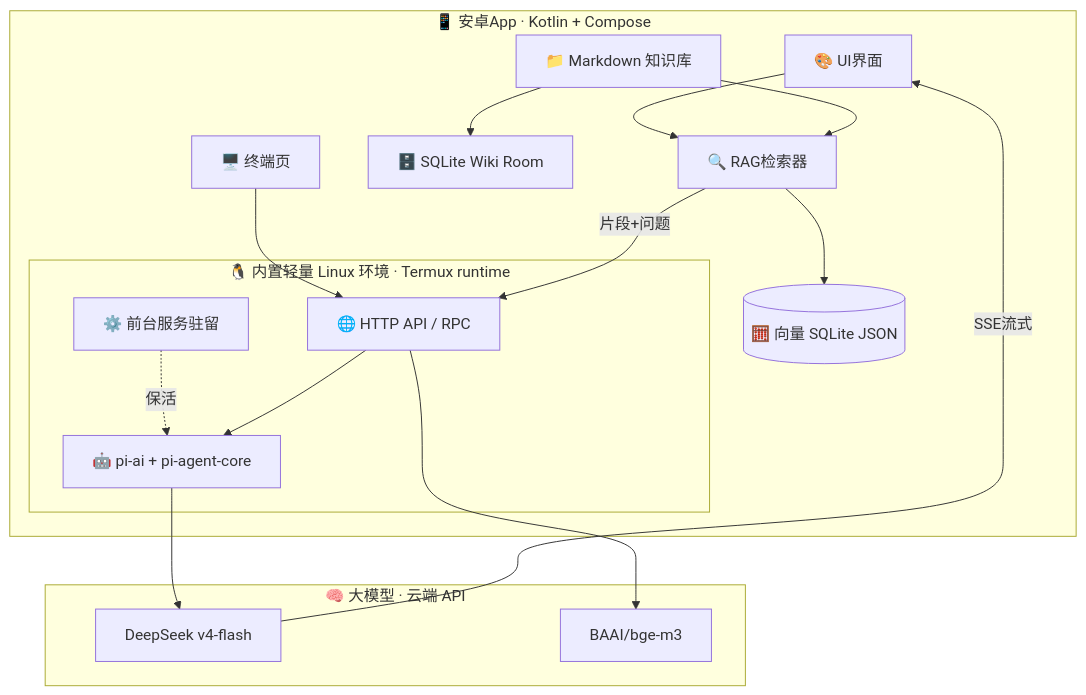
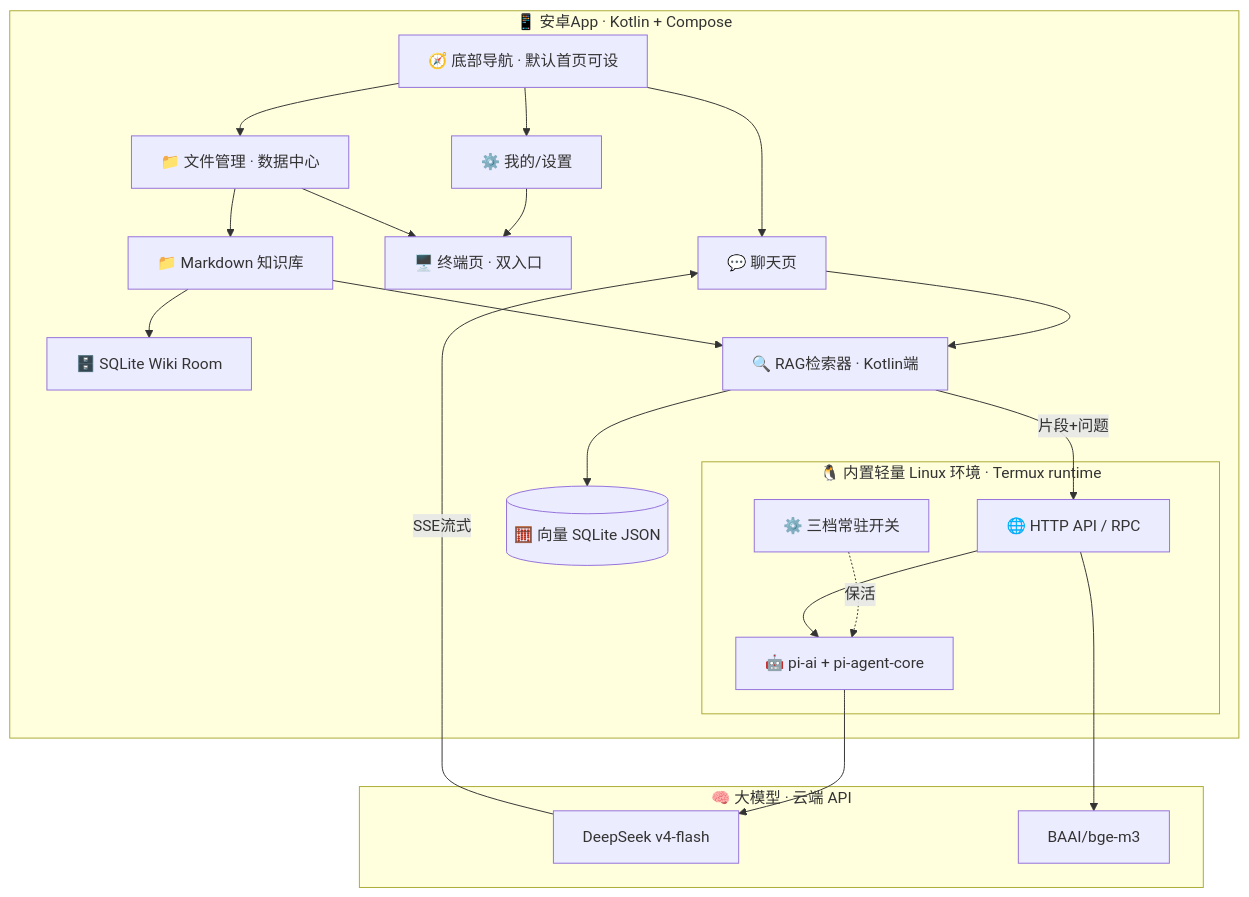
Before and after one commit to hu568/meow-academy: the diagram in PLAN.md, drawn with Mermaid. The commit also changed other lines of this file and 2 other files, not shown here.

````diff
--- a/PLAN.md
+++ b/PLAN.md
@@ -45,33 +52,41 @@
 ```mermaid
 flowchart TD
     subgraph 安卓端[📱 安卓App · Kotlin + Compose]
-        UI[🎨 UI界面]
-        TERM[🖥️ 终端页]
+        NAV[🧭 底部导航 · 默认首页可设]
+        CHAT[💬 聊天页]
+        FILES[📁 文件管理 · 数据中心]
+        SETTINGS[⚙️ 我的/设置]
+        TERM[🖥️ 终端页 · 双入口]
         MD[📁 Markdown 知识库]
         WIKI[🗄️ SQLite Wiki Room]
         VEC[(🧮 向量 SQLite JSON)]
-        RAG[🔍 RAG检索器]
+        RAG[🔍 RAG检索器 · Kotlin端]
         subgraph RUNTIME[🐧 内置轻量 Linux 环境 · Termux runtime]
             PI[🤖 pi-ai + pi-agent-core]
             API[🌐 HTTP API / RPC]
-            FGS[⚙️ 前台服务驻留]
+            FGS[⚙️ 三档常驻开关]
         end
-        UI --> RAG
-        TERM --> API
+        NAV --> CHAT
+        NAV --> FILES
+        NAV --> SETTINGS
+        SETTINGS --> TERM
+        FILES --> TERM
+        CHAT --> RAG
+        FILES --> MD
         MD --> WIKI
         MD --> RAG
         RAG --> VEC
         RAG -->|片段+问题| API
         FGS -.保活.-> PI
     end
 
     subgraph LLM[🧠 大模型 · 云端 API]
-        CHAT[DeepSeek v4-flash]
+        CHATMODEL[DeepSeek v4-flash]
         EMB[BAAI/bge-m3]
     end
 
     API --> PI
-    PI --> CHAT
+    PI --> CHATMODEL
     API --> EMB
-    CHAT -->|SSE流式| UI
+    CHATMODEL -->|SSE流式| CHAT
 ```
````
